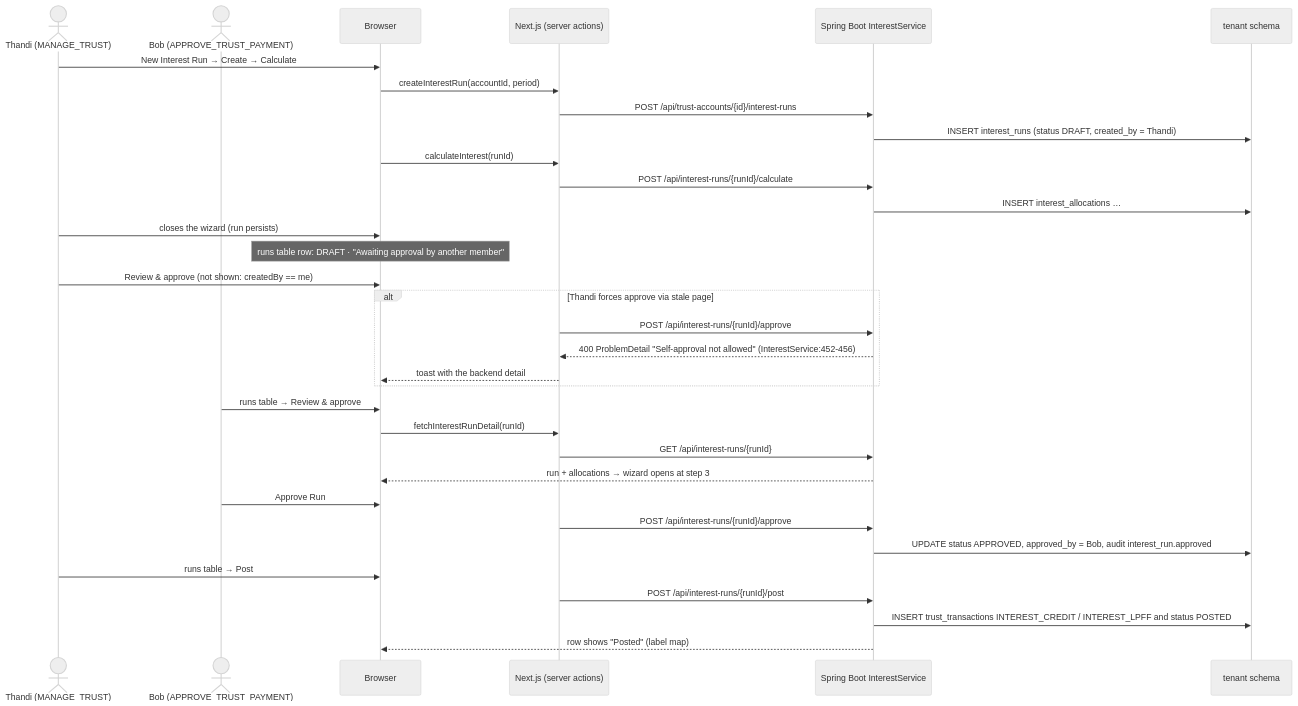
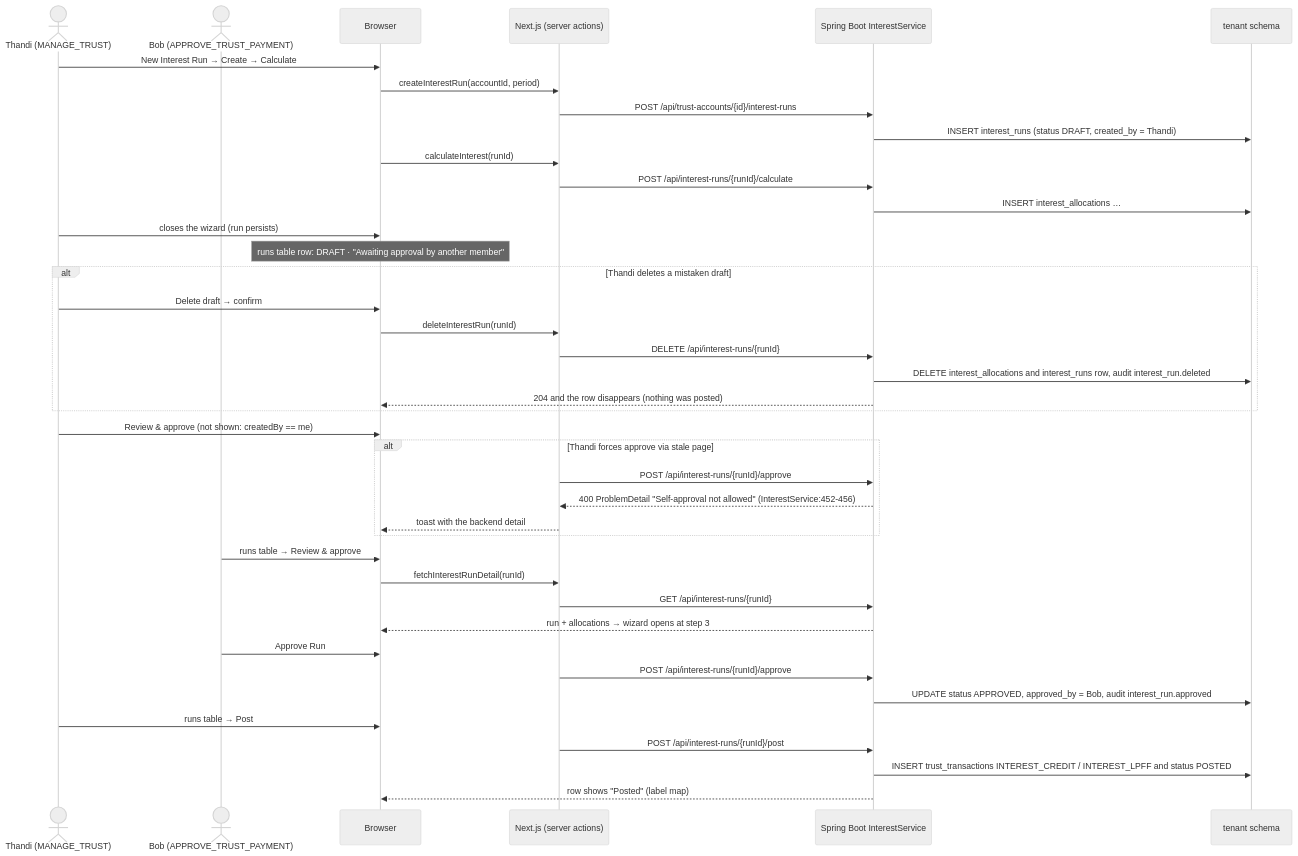
Before and after one commit to rakheen-dama/b2b-strawman: the third of 7 diagrams in architecture/phase89-go-live-readiness.md, drawn with Mermaid (neutral theme). The commit also changed other lines of this file and 4 other files, not shown here.

First line of the commit message:
docs: Phase 89 founder rulings on §14.12 — draft interest-run delete (630B), matter comments panel (634E/arch 634H)

````diff
--- a/architecture/phase89-go-live-readiness.md
+++ b/architecture/phase89-go-live-readiness.md
@@ -612,36 +618,43 @@
 ```mermaid
 sequenceDiagram
     actor Thandi as Thandi (MANAGE_TRUST)
     actor Bob as Bob (APPROVE_TRUST_PAYMENT)
     participant B as Browser
     participant N as Next.js (server actions)
     participant S as Spring Boot InterestService
     participant DB as tenant schema
 
     Thandi->>B: New Interest Run → Create → Calculate
     B->>N: createInterestRun(accountId, period)
     N->>S: POST /api/trust-accounts/{id}/interest-runs
     S->>DB: INSERT interest_runs (status DRAFT, created_by = Thandi)
     B->>N: calculateInterest(runId)
     N->>S: POST /api/interest-runs/{runId}/calculate
     S->>DB: INSERT interest_allocations …
     Thandi->>B: closes the wizard (run persists)
     Note over B: runs table row: DRAFT · "Awaiting approval by another member"
+    alt Thandi deletes a mistaken draft
+        Thandi->>B: Delete draft → confirm
+        B->>N: deleteInterestRun(runId)
+        N->>S: DELETE /api/interest-runs/{runId}
+        S->>DB: DELETE interest_allocations and interest_runs row, audit interest_run.deleted
+        S-->>B: 204 and the row disappears (nothing was posted)
+    end
     Thandi->>B: Review & approve (not shown: createdBy == me)
     alt Thandi forces approve via stale page
         N->>S: POST /api/interest-runs/{runId}/approve
         S-->>N: 400 ProblemDetail "Self-approval not allowed" (InterestService:452-456)
         N-->>B: toast with the backend detail
     end
     Bob->>B: runs table → Review & approve
     B->>N: fetchInterestRunDetail(runId)
     N->>S: GET /api/interest-runs/{runId}
     S-->>B: run + allocations → wizard opens at step 3
     Bob->>B: Approve Run
     N->>S: POST /api/interest-runs/{runId}/approve
     S->>DB: UPDATE status APPROVED, approved_by = Bob, audit interest_run.approved
     Thandi->>B: runs table → Post
     N->>S: POST /api/interest-runs/{runId}/post
     S->>DB: INSERT trust_transactions INTEREST_CREDIT / INTEREST_LPFF and status POSTED
     S-->>B: row shows "Posted" (label map)
 ```
````
